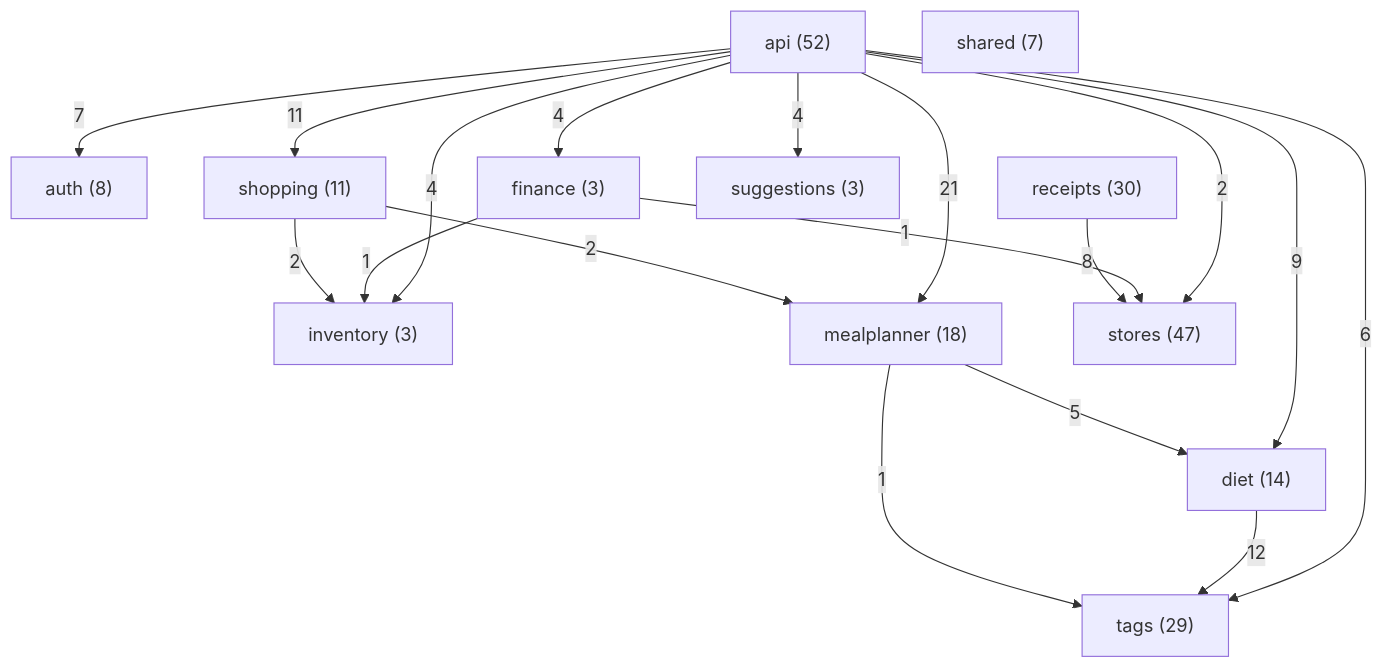
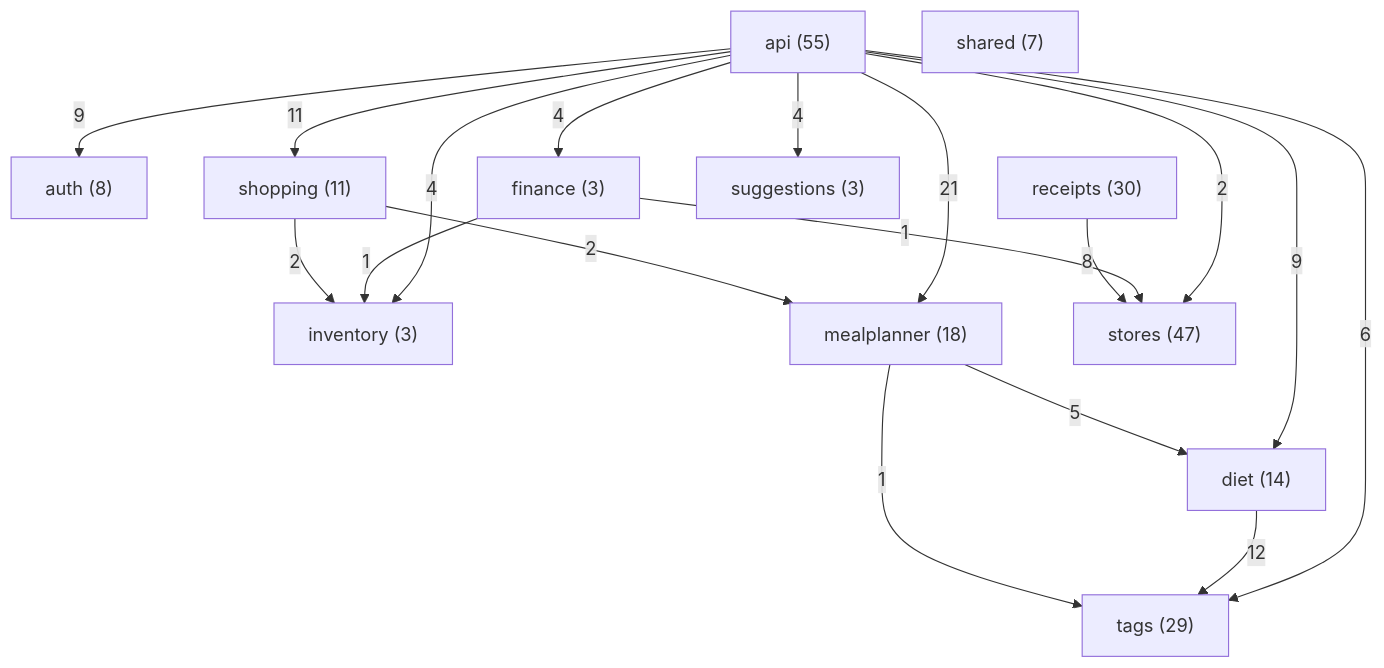
One commit to Nate-ryan-7690/dahaem changed the diagram in docs/classes/README.md. Above: the diagram before and after it, drawn with Mermaid. The commit also changed other lines of this file and 4 other files, not shown here.

````diff
--- a/docs/classes/README.md
+++ b/docs/classes/README.md
@@ -9,32 +9,32 @@
 ```mermaid
 flowchart TD
-    api["api (52)"]
+    api["api (55)"]
     auth["auth (8)"]
     diet["diet (14)"]
     finance["finance (3)"]
     inventory["inventory (3)"]
     mealplanner["mealplanner (18)"]
     receipts["receipts (30)"]
     shared["shared (7)"]
     shopping["shopping (11)"]
     stores["stores (47)"]
     suggestions["suggestions (3)"]
     tags["tags (29)"]
-    api -->|7| auth
+    api -->|9| auth
     api -->|9| diet
     api -->|4| finance
     api -->|4| inventory
     api -->|21| mealplanner
     api -->|11| shopping
     api -->|2| stores
     api -->|4| suggestions
     api -->|6| tags
     diet -->|12| tags
     finance -->|1| inventory
     finance -->|1| stores
     mealplanner -->|5| diet
     mealplanner -->|1| tags
     receipts -->|8| stores
     shopping -->|2| inventory
     shopping -->|2| mealplanner
 ```
````
